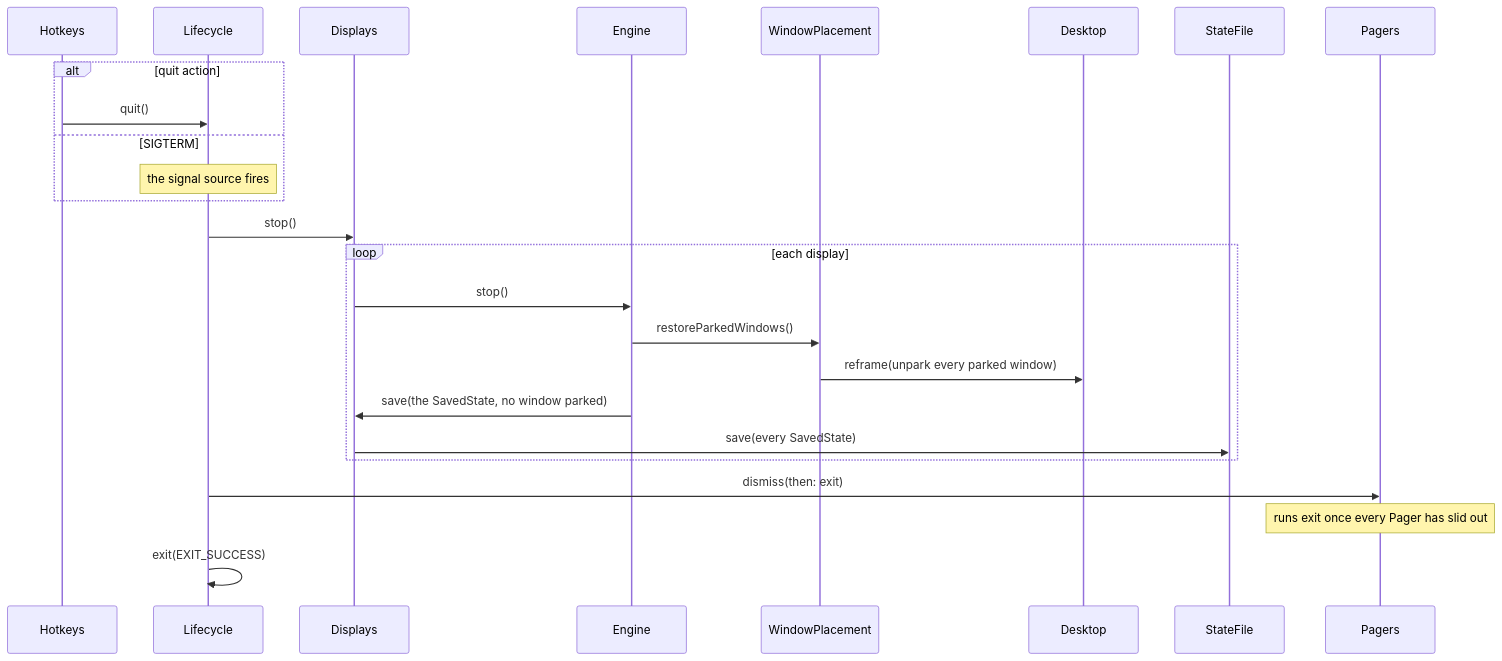
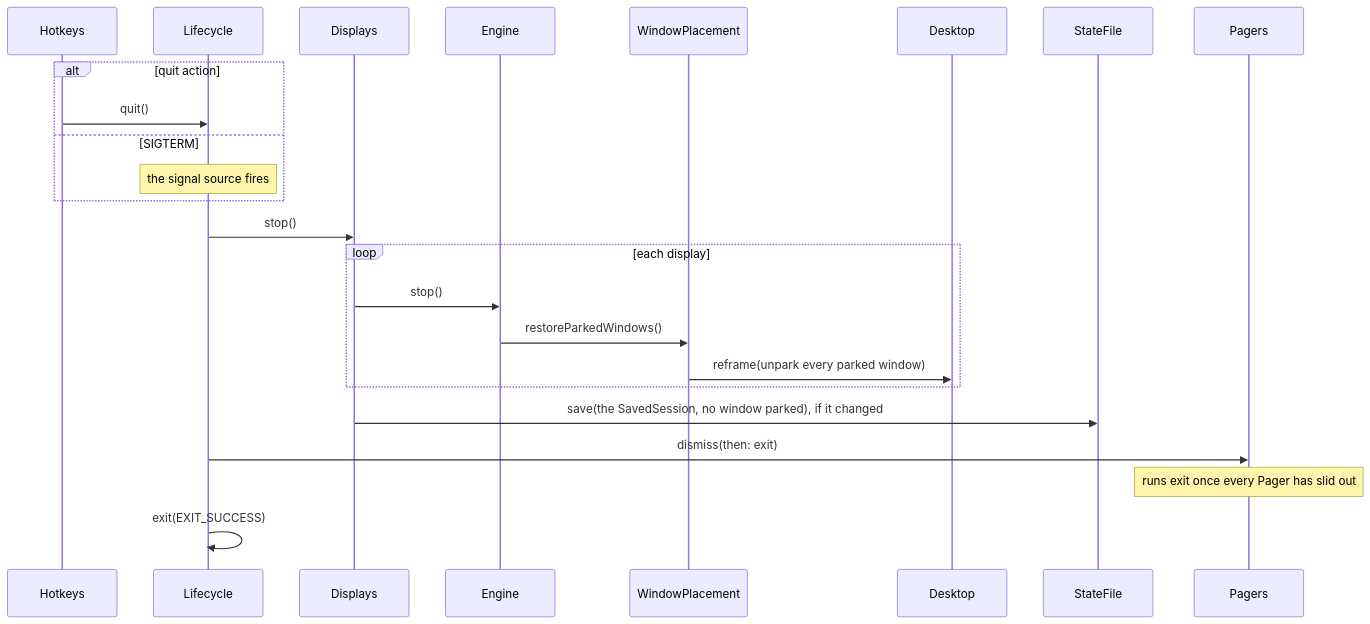
Diagram 22 of 26 in ARCHITECTURE.md (brennovich/ottowm), drawn with Mermaid before and after one commit. The commit also changed other lines of this file and 17 other files, not shown here.

````diff
--- a/ARCHITECTURE.md
+++ b/ARCHITECTURE.md
@@ -556,19 +556,18 @@
 ```mermaid
 sequenceDiagram
     alt quit action
         Hotkeys->>Lifecycle: quit()
     else SIGTERM
         Note over Lifecycle: the signal source fires
     end
     Lifecycle->>Displays: stop()
     loop each display
         Displays->>Engine: stop()
         Engine->>WindowPlacement: restoreParkedWindows()
         WindowPlacement->>Desktop: reframe(unpark every parked window)
-        Engine->>Displays: save(the SavedState, no window parked)
-        Displays->>StateFile: save(every SavedState)
     end
+    Displays->>StateFile: save(the SavedSession, no window parked), if it changed
     Lifecycle->>Pagers: dismiss(then: exit)
     Note over Pagers: runs exit once every Pager has slid out
     Lifecycle->>Lifecycle: exit(EXIT_SUCCESS)
 ```
````
